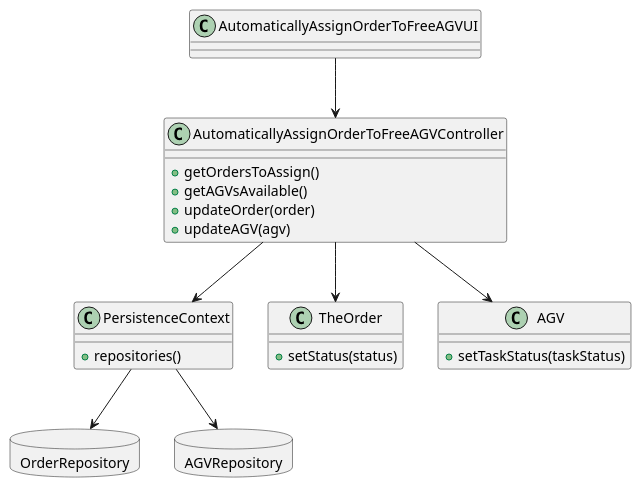
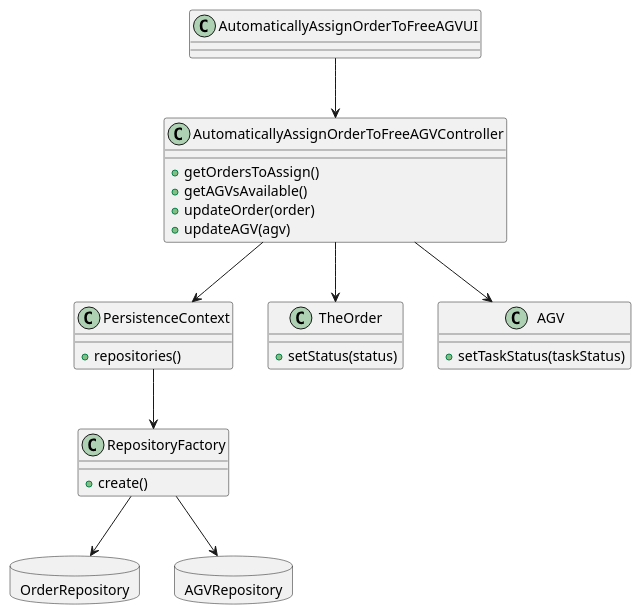
Before and after one commit to ana-albergaria/LAPR4-ISEP: the diagram in docs/1201592/US4002/US_4002_CD.puml, drawn with PlantUML. The commit also changed 3 other files, not shown here.

```diff
--- a/docs/1201592/US4002/US_4002_CD.puml
+++ b/docs/1201592/US4002/US_4002_CD.puml
@@ -1,41 +1,47 @@
 @startuml
 
 class AutomaticallyAssignOrderToFreeAGVUI{
 }
 
 class AutomaticallyAssignOrderToFreeAGVController{
 +getOrdersToAssign()
 +getAGVsAvailable()
 +updateOrder(order)
 +updateAGV(agv)
 }
 
 class PersistenceContext{
 +repositories()
+}
+
+class RepositoryFactory{
++create()
 }
 
 database OrderRepository{
 }
 
 database AGVRepository{
 }
 
 class TheOrder{
 +setStatus(status)
 }
 
 class AGV{
 +setTaskStatus(taskStatus)
 }
 
 AutomaticallyAssignOrderToFreeAGVUI --> AutomaticallyAssignOrderToFreeAGVController
 
 AutomaticallyAssignOrderToFreeAGVController --> PersistenceContext
 
-PersistenceContext --> OrderRepository
-PersistenceContext --> AGVRepository
+PersistenceContext --> RepositoryFactory
+
+RepositoryFactory --> OrderRepository
+RepositoryFactory --> AGVRepository
 
 AutomaticallyAssignOrderToFreeAGVController --> TheOrder
 AutomaticallyAssignOrderToFreeAGVController --> AGV
 
 @enduml
```
